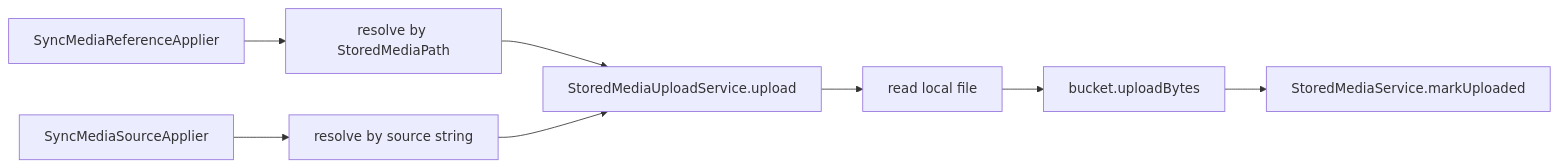
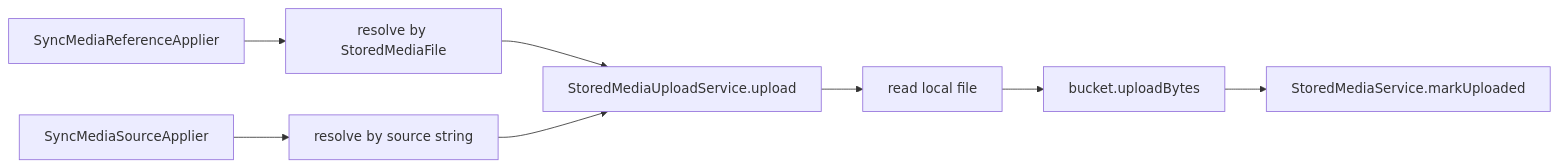
One commit to GuyWithBag/boo_mondai changed the fourth of 18 diagrams in documentation/refactor/stored_media_sync_refactor_graphs.md. Above: the diagram before and after it, drawn with Mermaid. The commit also changed other lines of this file and 11 other files, not shown here.

````diff
--- a/documentation/refactor/stored_media_sync_refactor_graphs.md
+++ b/documentation/refactor/stored_media_sync_refactor_graphs.md
@@ -112,17 +112,17 @@
 ```mermaid
 flowchart LR
     RefApplier["SyncMediaReferenceApplier"]
     SourceApplier["SyncMediaSourceApplier"]
 
-    RefResolve["resolve by StoredMediaPath"]
+    RefResolve["resolve by StoredMediaFile"]
     SourceResolve["resolve by source string"]
 
     UploadService["StoredMediaUploadService.upload"]
     ReadFile["read local file"]
     Upload["bucket.uploadBytes"]
     MarkUploaded["StoredMediaService.markUploaded"]
 
     RefApplier --> RefResolve --> UploadService
     SourceApplier --> SourceResolve --> UploadService
     UploadService --> ReadFile --> Upload --> MarkUploaded
 ```
````
